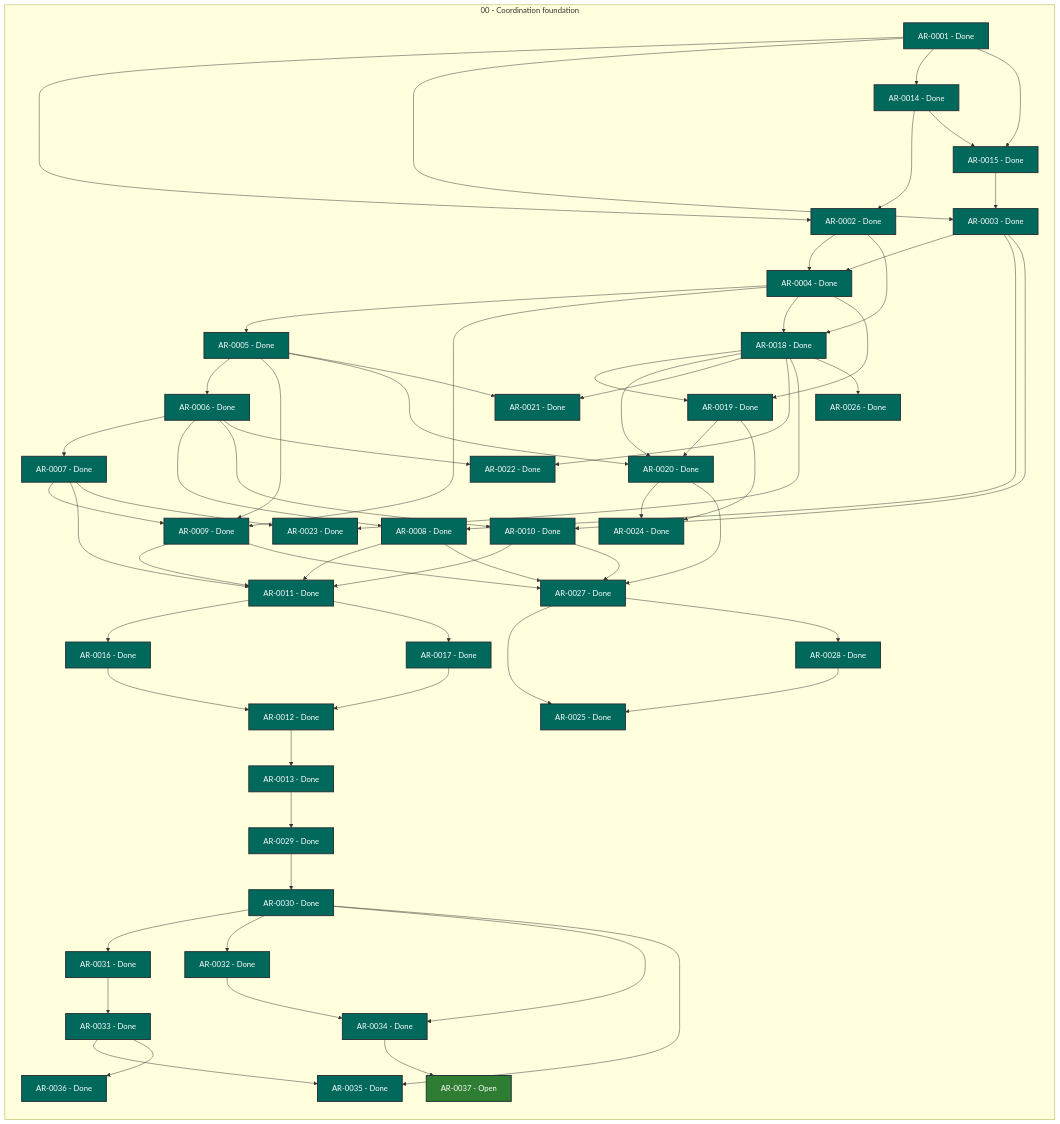
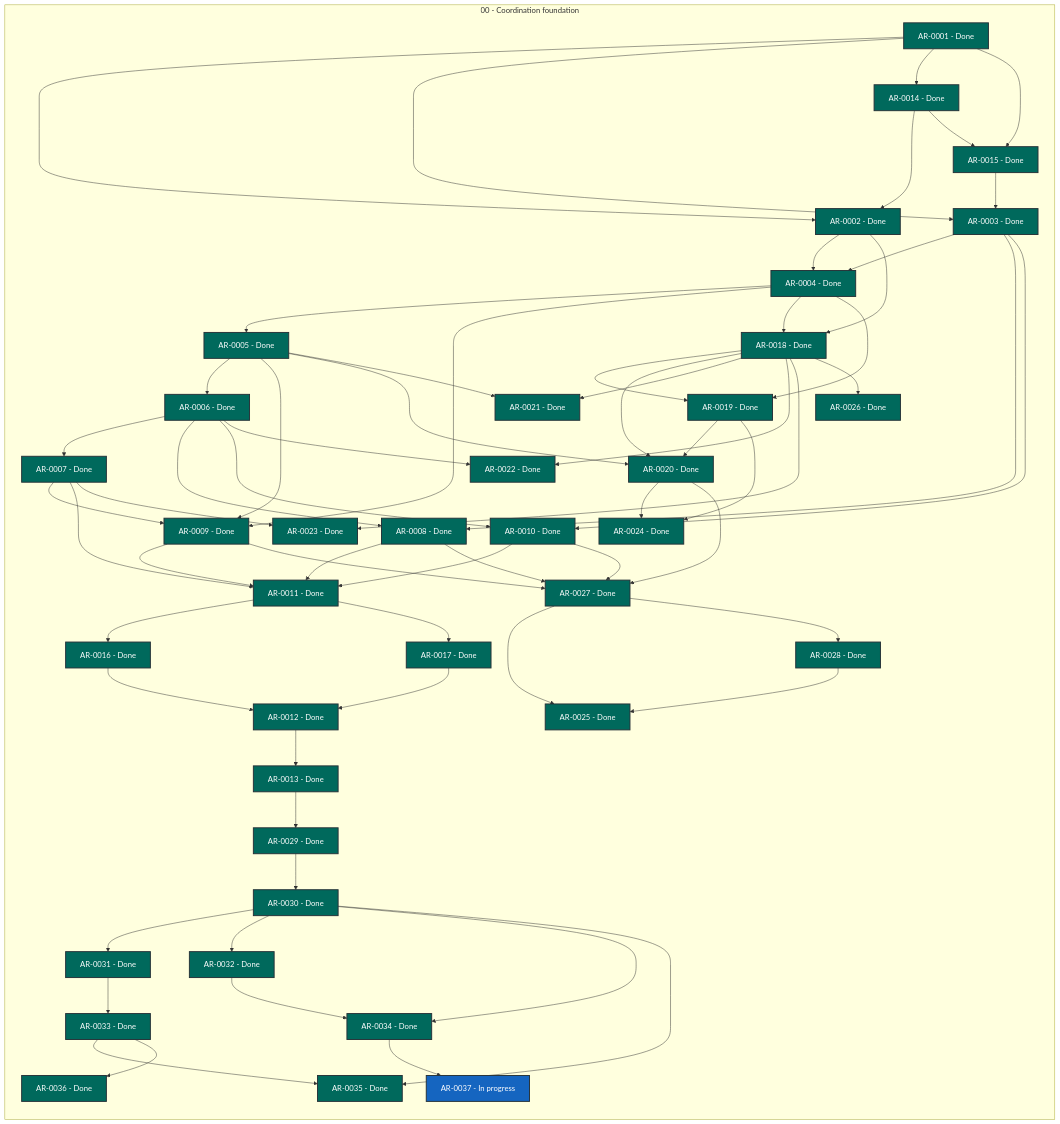
One commit to martin-beck/agent-workflow-tui-state changed the diagram in STATUS.md. Above: the diagram before and after it, drawn with Mermaid. The commit also changed other lines of this file and 2 other files, not shown here.

```diff
--- a/STATUS.md
+++ b/STATUS.md
@@ -64,7 +64,7 @@
         AR_0034["AR-0034 - Done"]:::status_done
         AR_0035["AR-0035 - Done"]:::status_done
         AR_0036["AR-0036 - Done"]:::status_done
-        AR_0037["AR-0037 - Open"]:::status_open
+        AR_0037["AR-0037 - In progress"]:::status_in_progress
     end
     AR_0001 --> AR_0002
     AR_0001 --> AR_0003
```
